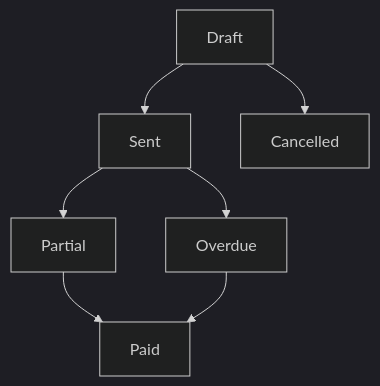
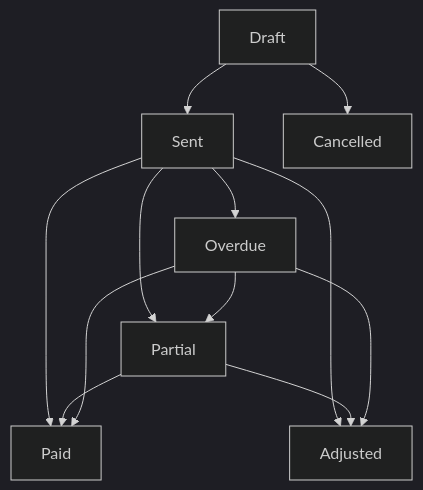
Diagram 16 of 16 in v0_final_docs/Accounts/invoicing.md (Aurifex-Innovations/ERP_docs), drawn with Mermaid (dark theme) before and after one commit. The commit also changed other lines of this file, not shown here.

````diff
--- a/v0_final_docs/Accounts/invoicing.md
+++ b/v0_final_docs/Accounts/invoicing.md
@@ -637,9 +677,14 @@
 ```mermaid
 flowchart TD
   draftSt["Draft"] --> sentSt["Sent"]
   sentSt --> partialSt["Partial"]
+  sentSt --> paidSt["Paid"]
+  sentSt --> adjustedSt["Adjusted"]
   sentSt --> overdueSt["Overdue"]
-  partialSt --> paidSt["Paid"]
+  partialSt --> paidSt
+  partialSt --> adjustedSt
+  overdueSt --> partialSt
   overdueSt --> paidSt
+  overdueSt --> adjustedSt
   draftSt --> cancelSt["Cancelled"]
 ```
````
